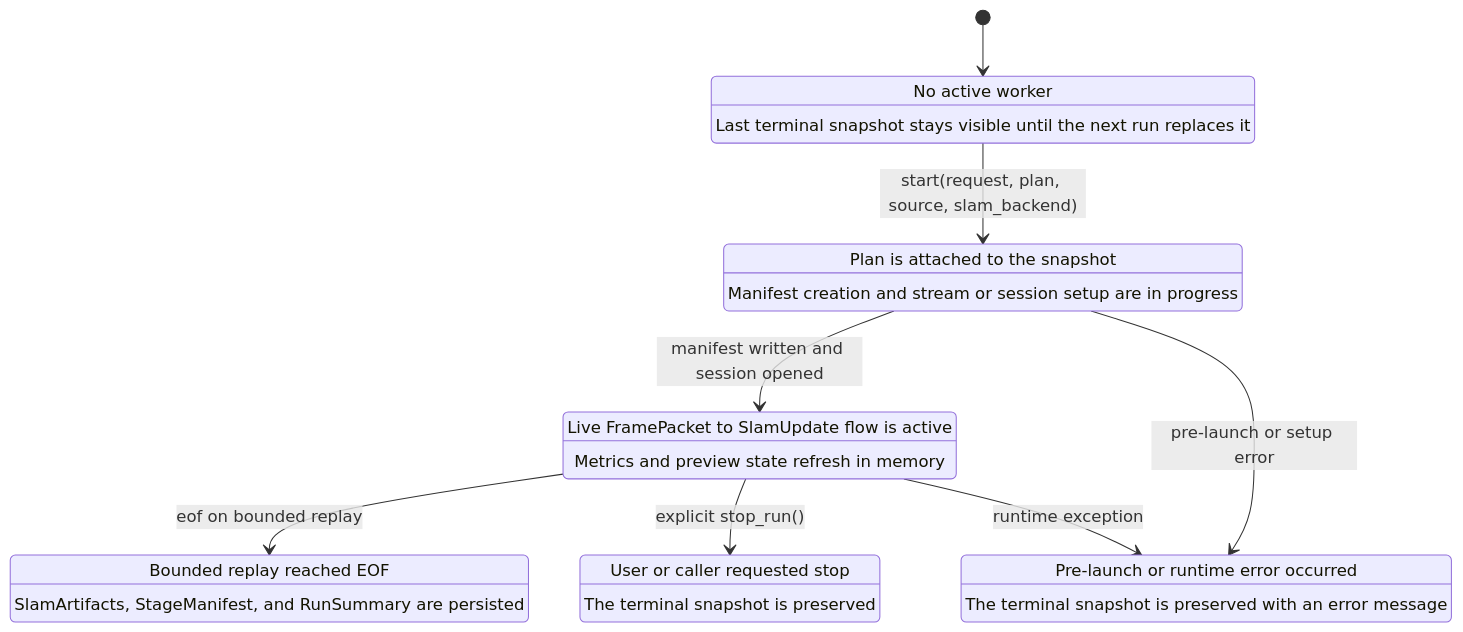
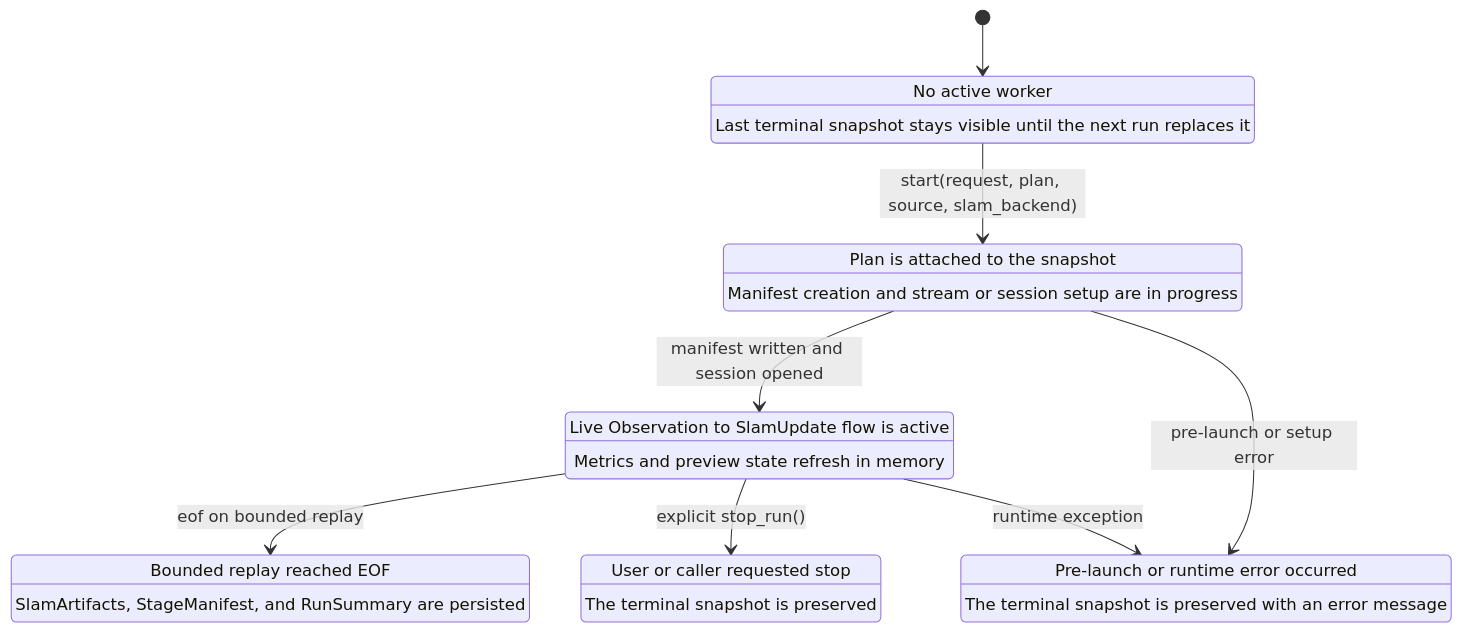
One commit to JanDuchscherer104/prml-vslam changed the diagram in docs/figures/mermaid/mermaid_pipeline_session_state.mmd. Above: the diagram before and after it, drawn with Mermaid. The commit also changed 178 other files, not shown here.

```diff
--- a/docs/figures/mermaid/mermaid_pipeline_session_state.mmd
+++ b/docs/figures/mermaid/mermaid_pipeline_session_state.mmd
@@ -1,28 +1,28 @@
 stateDiagram-v2
     [*] --> Idle
 
     Idle: No active worker
     Idle: Last terminal snapshot stays visible until the next run replaces it
 
     Connecting: Plan is attached to the snapshot
     Connecting: Manifest creation and stream or session setup are in progress
 
-    Running: Live FramePacket to SlamUpdate flow is active
+    Running: Live Observation to SlamUpdate flow is active
     Running: Metrics and preview state refresh in memory
 
     Completed: Bounded replay reached EOF
     Completed: SlamArtifacts, StageManifest, and RunSummary are persisted
 
     Stopped: User or caller requested stop
     Stopped: The terminal snapshot is preserved
 
     Failed: Pre-launch or runtime error occurred
     Failed: The terminal snapshot is preserved with an error message
 
     Idle --> Connecting: start(request, plan, source, slam_backend)
     Connecting --> Running: manifest written and session opened
     Connecting --> Failed: pre-launch or setup error
 
     Running --> Completed: eof on bounded replay
     Running --> Stopped: explicit stop_run()
     Running --> Failed: runtime exception
```
